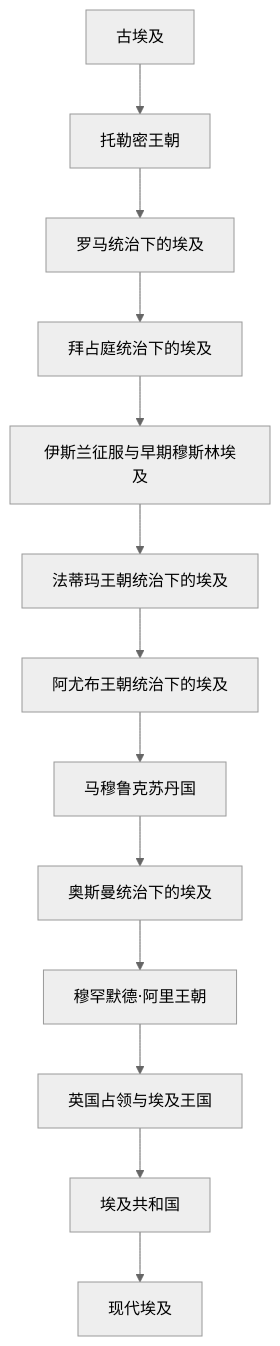
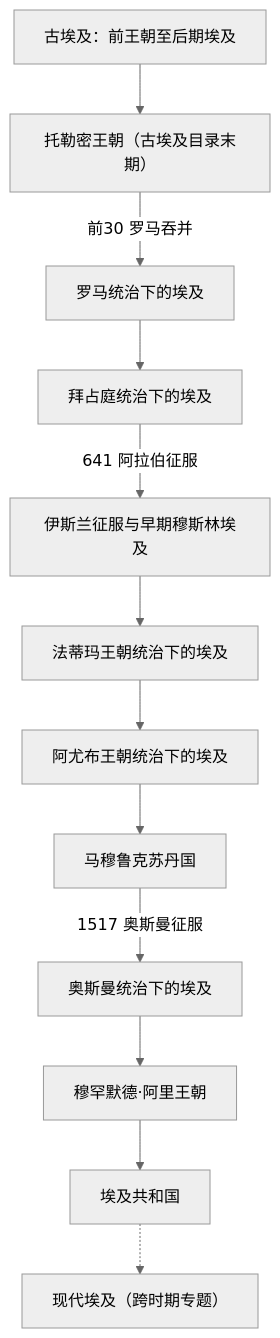
The first of 2 diagrams in 人文科学/历史/北非/埃及/README.md (tianlan-dev/learning-notes), drawn with Mermaid (neutral theme) before and after one commit. The commit also changed other lines of this file and 159 other files, not shown here.

````diff
--- a/人文科学/历史/北非/埃及/README.md
+++ b/人文科学/历史/北非/埃及/README.md
@@ -16,15 +25,14 @@
 ```mermaid
 flowchart TD
-  Ancient["古埃及"] --> Ptolemaic["托勒密王朝"]
-  Ptolemaic --> Roman["罗马统治下的埃及"]
-  Roman --> Byzantine["拜占庭统治下的埃及"]
-  Byzantine --> Islamic["伊斯兰征服与早期穆斯林埃及"]
-  Islamic --> Fatimid["法蒂玛王朝统治下的埃及"]
-  Fatimid --> Ayyubid["阿尤布王朝统治下的埃及"]
-  Ayyubid --> Mamluk["马穆鲁克苏丹国"]
-  Mamluk --> Ottoman["奥斯曼统治下的埃及"]
-  Ottoman --> MuhammadAli["穆罕默德·阿里王朝"]
-  MuhammadAli --> British["英国占领与埃及王国"]
-  British --> Republic["埃及共和国"]
-  Republic --> Modern["现代埃及"]
+    Ancient["古埃及：前王朝至后期埃及"] --> Ptolemaic["托勒密王朝（古埃及目录末期）"]
+    Ptolemaic -->|前30 罗马吞并| Roman["罗马统治下的埃及"]
+    Roman --> Byzantine["拜占庭统治下的埃及"]
+    Byzantine -->|641 阿拉伯征服| Islamic["伊斯兰征服与早期穆斯林埃及"]
+    Islamic --> Fatimid["法蒂玛王朝统治下的埃及"]
+    Fatimid --> Ayyubid["阿尤布王朝统治下的埃及"]
+    Ayyubid --> Mamluk["马穆鲁克苏丹国"]
+    Mamluk -->|1517 奥斯曼征服| Ottoman["奥斯曼统治下的埃及"]
+    Ottoman --> MuhammadAli["穆罕默德·阿里王朝"]
+    MuhammadAli --> Republic["埃及共和国"]
+    Republic -.-> ModernTopic["现代埃及（跨时期专题）"]
 ```
````
